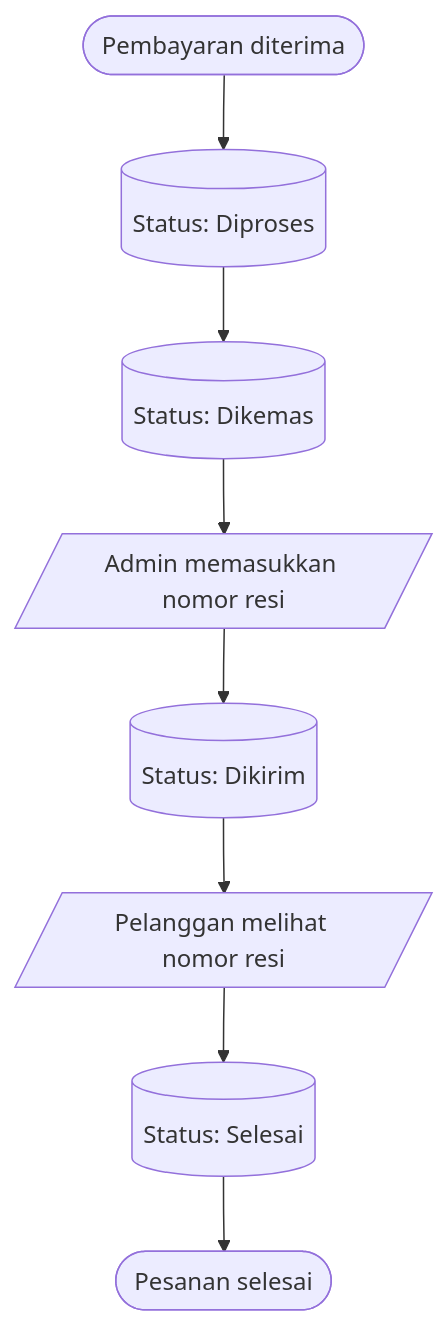
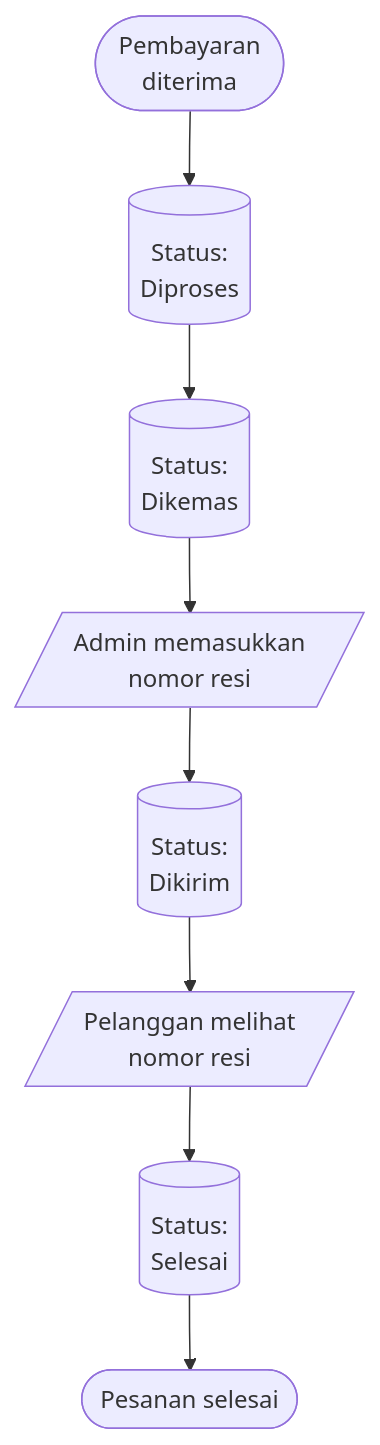
Before and after one commit to Webekspres/pixel-komunika: the third of 5 diagrams in docs/client/DOKUMEN_REVIEW_DAN_PERSETUJUAN_KLIEN.md, drawn with Mermaid. The commit also changed other lines of this file, not shown here.

Commit message:
docs: prevent clipped labels in client diagrams

````diff
--- a/docs/client/DOKUMEN_REVIEW_DAN_PERSETUJUAN_KLIEN.md
+++ b/docs/client/DOKUMEN_REVIEW_DAN_PERSETUJUAN_KLIEN.md
@@ -158,10 +158,10 @@
 ```mermaid
 flowchart TD
-    A(["Pembayaran diterima"]) --> B[("Status: Diproses")]
-    B --> C[("Status: Dikemas")]
-    C --> D[/"Admin memasukkan nomor resi"/]
-    D --> E[("Status: Dikirim")]
-    E --> F[/"Pelanggan melihat nomor resi"/]
-    F --> G[("Status: Selesai")]
+    A(["Pembayaran<br/>diterima"]) --> B[("Status:<br/>Diproses")]
+    B --> C[("Status:<br/>Dikemas")]
+    C --> D[/"Admin memasukkan<br/>nomor resi"/]
+    D --> E[("Status:<br/>Dikirim")]
+    E --> F[/"Pelanggan melihat<br/>nomor resi"/]
+    F --> G[("Status:<br/>Selesai")]
     G --> H(["Pesanan selesai"])
 ```
````
